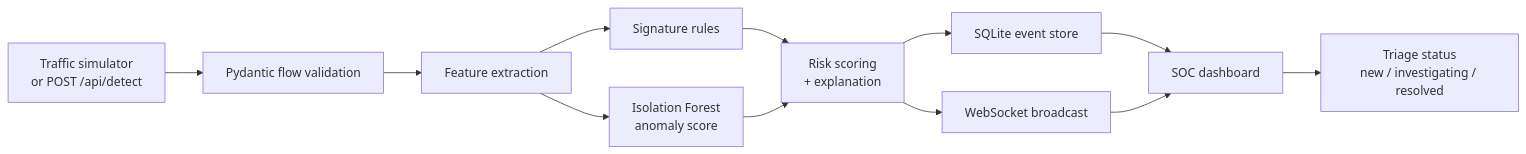
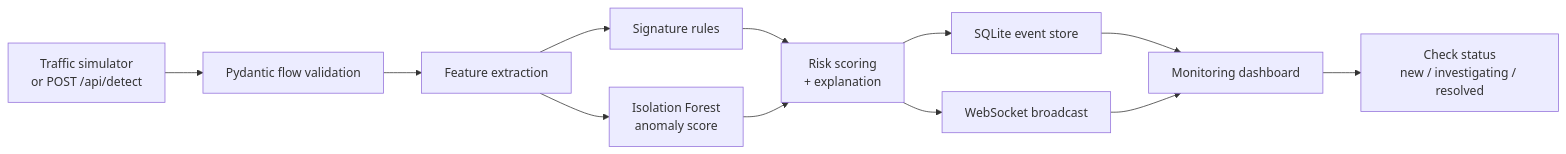
Before and after one commit to junwoo1206112/AegisFlow-NIDS: the diagram in README.md, drawn with Mermaid. The commit also changed other lines of this file and 2 other files, not shown here.

````diff
--- a/README.md
+++ b/README.md
@@ -33,14 +33,14 @@
 ```mermaid
 flowchart LR
     A["Traffic simulator<br/>or POST /api/detect"] --> B["Pydantic flow validation"]
     B --> C["Feature extraction"]
     C --> D["Signature rules"]
     C --> E["Isolation Forest<br/>anomaly score"]
     D --> F["Risk scoring<br/>+ explanation"]
     E --> F
     F --> G["SQLite event store"]
     F --> H["WebSocket broadcast"]
-    G --> I["SOC dashboard"]
+    G --> I["Monitoring dashboard"]
     H --> I
-    I --> J["Triage status<br/>new / investigating / resolved"]
+    I --> J["Check status<br/>new / investigating / resolved"]
 ```
````
